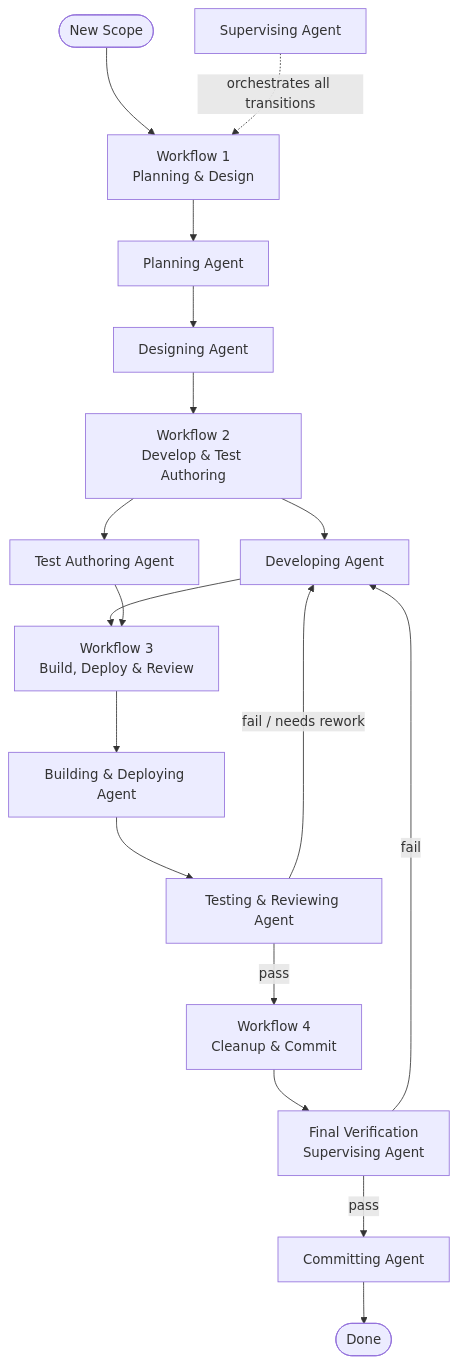
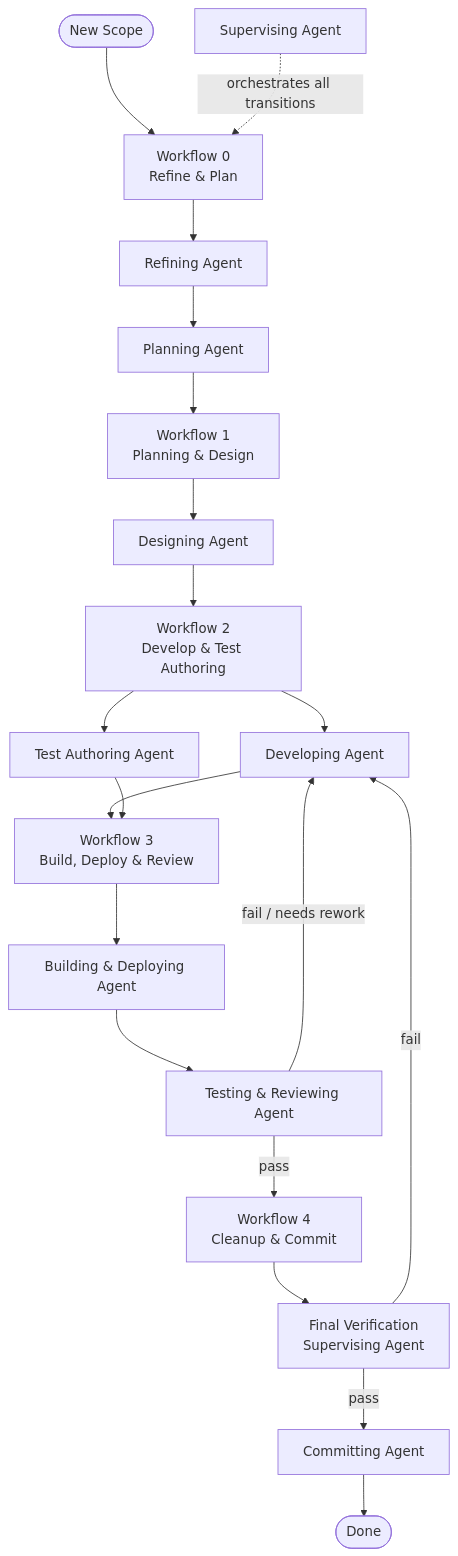
One commit to hjhun/dormammu changed the fourth of 6 diagrams in docs/GUIDE.md. Above: the diagram before and after it, drawn with Mermaid. The commit also changed other lines of this file and 14 other files, not shown here.

First line of the commit message:
Add refine/plan pipeline stages and update documentation

````diff
--- a/docs/GUIDE.md
+++ b/docs/GUIDE.md
@@ -587,24 +683,27 @@
 ```mermaid
 flowchart TD
-    Start([New Scope]) --> wf1["Workflow 1<br/>Planning & Design"]
-    wf1 --> plan[Planning Agent]
-    plan --> design[Designing Agent]
+    Start([New Scope]) --> wf0["Workflow 0<br/>Refine & Plan"]
+    wf0 --> refine[Refining Agent]
+    refine --> plan[Planning Agent]
+
+    plan --> wf1["Workflow 1<br/>Planning & Design"]
+    wf1 --> design[Designing Agent]
 
     design --> wf2["Workflow 2<br/>Develop & Test Authoring"]
     wf2 --> develop[Developing Agent]
     wf2 --> testauth[Test Authoring Agent]
 
     develop --> wf3["Workflow 3<br/>Build, Deploy & Review"]
     testauth --> wf3
     wf3 --> build[Building & Deploying Agent]
     build --> review[Testing & Reviewing Agent]
     review -- "fail / needs rework" --> develop
 
     review -- pass --> wf4["Workflow 4<br/>Cleanup & Commit"]
     wf4 --> finalverify["Final Verification<br/>Supervising Agent"]
     finalverify -- fail --> develop
     finalverify -- pass --> commit[Committing Agent]
     commit --> Done([Done])
 
-    supervisor[Supervising Agent] -. orchestrates all transitions .-> wf1
+    supervisor[Supervising Agent] -. orchestrates all transitions .-> wf0
 ```
````
